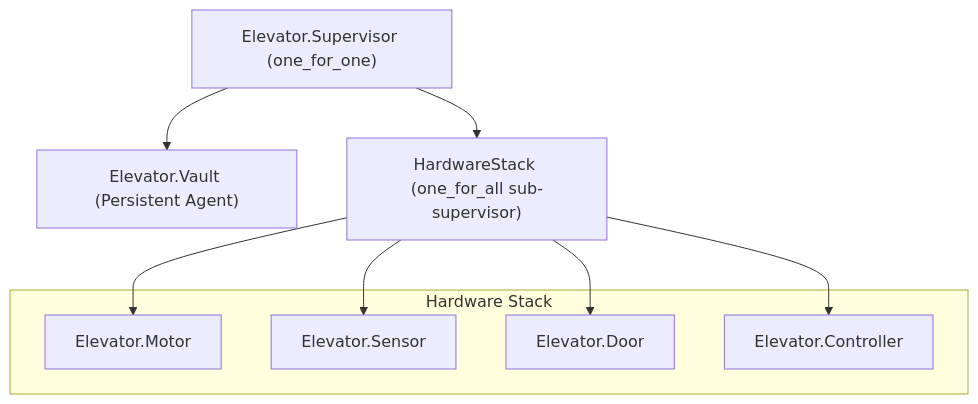
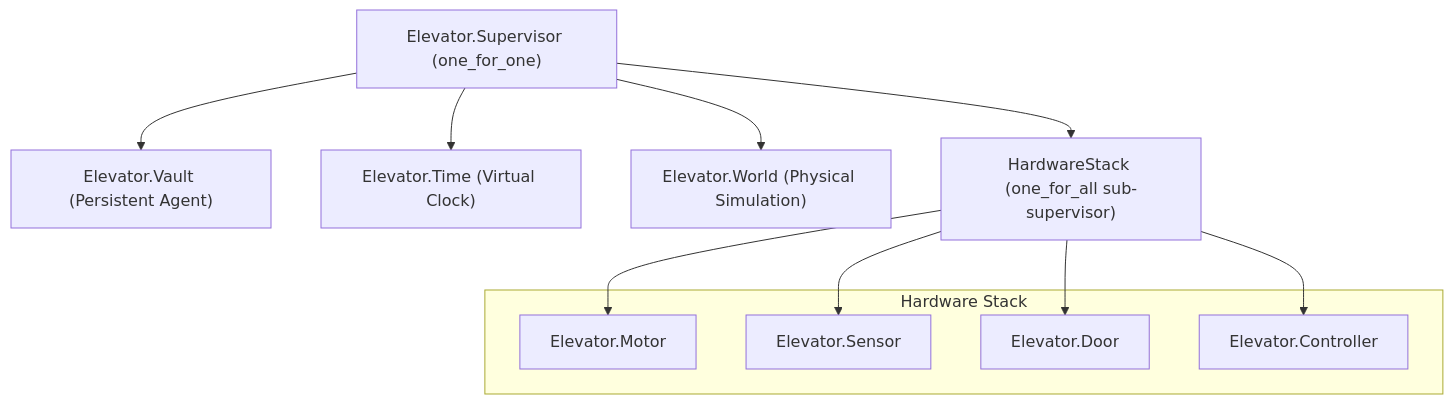
The diagram in doc/architecture.md (alesch/elevator), drawn with Mermaid before and after one commit. The commit also changed other lines of this file and 3 other files, not shown here.

````diff
--- a/doc/architecture.md
+++ b/doc/architecture.md
@@ -24,21 +24,25 @@
 ```mermaid
 graph TD
     Root["Elevator.Supervisor (one_for_one)"]
     Vault["Elevator.Vault (Persistent Agent)"]
+    Time["Elevator.Time (Virtual Clock)"]
+    World["Elevator.World (Physical Simulation)"]
     Stack["HardwareStack (one_for_all sub-supervisor)"]
     
     Root --> Vault
+    Root --> Time
+    Root --> World
     Root --> Stack
     
     subgraph "Hardware Stack"
         Motor["Elevator.Motor"]
         Sensor["Elevator.Sensor"]
         Door["Elevator.Door"]
         Ctrl["Elevator.Controller"]
     end
     
     Stack --> Motor
     Stack --> Sensor
     Stack --> Door
     Stack --> Ctrl
 ```
````
